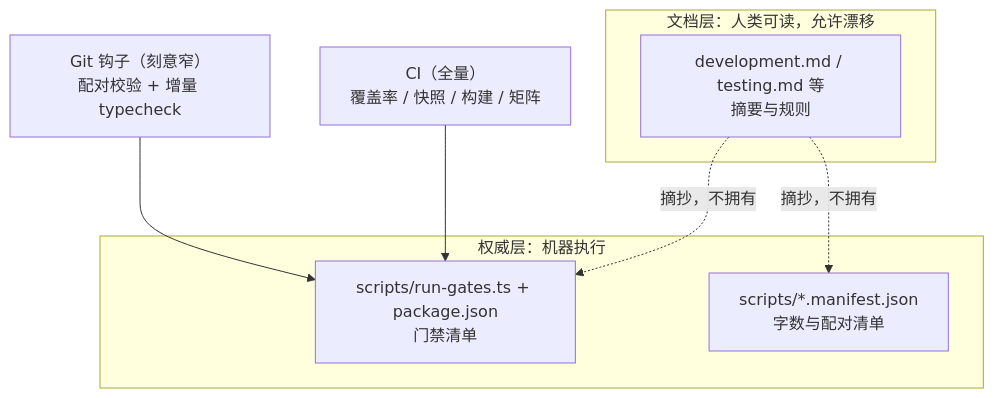
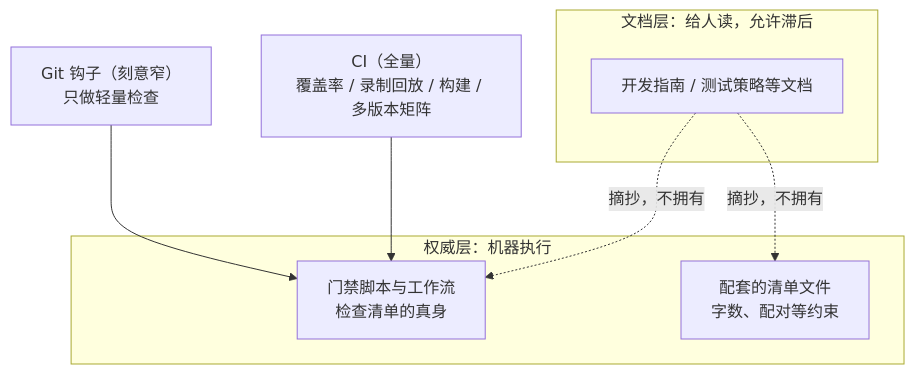
One commit to anthonyzhao-4926/blog changed the first of 2 diagrams in dsh 插件开发学习/36-给DSH提PR.md. Above: the diagram before and after it, drawn with Mermaid. The commit also changed other lines of this file and 38 other files, not shown here.

````diff
--- a/dsh 插件开发学习/36-给DSH提PR.md
+++ b/dsh 插件开发学习/36-给DSH提PR.md
@@ -41,14 +41,14 @@
 ```mermaid
 flowchart TD
-    subgraph doc["文档层：人类可读，允许漂移"]
-        D["development.md / testing.md 等<br/>摘要与规则"]
+    subgraph doc["文档层：给人读，允许滞后"]
+        D["开发指南 / 测试策略等文档"]
     end
     subgraph authority["权威层：机器执行"]
-        S["scripts/run-gates.ts + package.json<br/>门禁清单"]
-        M["scripts/*.manifest.json<br/>字数与配对清单"]
+        S["门禁脚本与工作流<br/>检查清单的真身"]
+        M["配套的清单文件<br/>字数、配对等约束"]
     end
-    H["Git 钩子（刻意窄）<br/>配对校验 + 增量 typecheck"] --> S
-    CI["CI（全量）<br/>覆盖率 / 快照 / 构建 / 矩阵"] --> S
+    H["Git 钩子（刻意窄）<br/>只做轻量检查"] --> S
+    CI["CI（全量）<br/>覆盖率 / 录制回放 / 构建 / 多版本矩阵"] --> S
     D -. "摘抄，不拥有" .-> S
     D -. "摘抄，不拥有" .-> M
 ```
````
